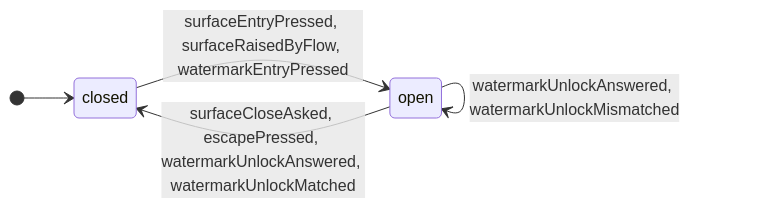
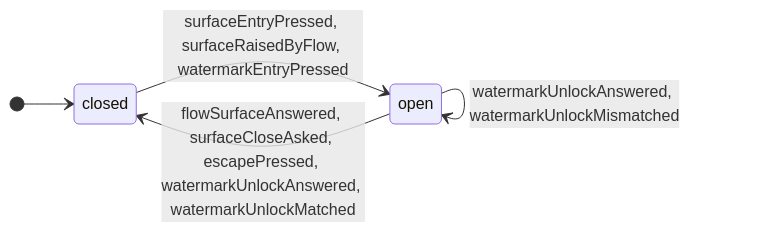
One commit to GoodRelax/gr-scheduler changed the fifth of 18 diagrams in docs/spec/_assets/tbl-state-machines.md. Above: the diagram before and after it, drawn with Mermaid. The commit also changed other lines of this file and 18 other files, not shown here.

````diff
--- a/docs/spec/_assets/tbl-state-machines.md
+++ b/docs/spec/_assets/tbl-state-machines.md
@@ -191,10 +192,10 @@
 ```mermaid
 stateDiagram-v2
     direction LR
     [*] --> openSurfaceStateMachine_closed
     openSurfaceStateMachine_closed : closed
     openSurfaceStateMachine_open : open
     openSurfaceStateMachine_closed --> openSurfaceStateMachine_open : surfaceEntryPressed, surfaceRaisedByFlow, watermarkEntryPressed
-    openSurfaceStateMachine_open --> openSurfaceStateMachine_closed : surfaceCloseAsked, escapePressed, watermarkUnlockAnswered, watermarkUnlockMatched
+    openSurfaceStateMachine_open --> openSurfaceStateMachine_closed : flowSurfaceAnswered, surfaceCloseAsked, escapePressed, watermarkUnlockAnswered, watermarkUnlockMatched
     openSurfaceStateMachine_open --> openSurfaceStateMachine_open : watermarkUnlockAnswered, watermarkUnlockMismatched
 ```
````
